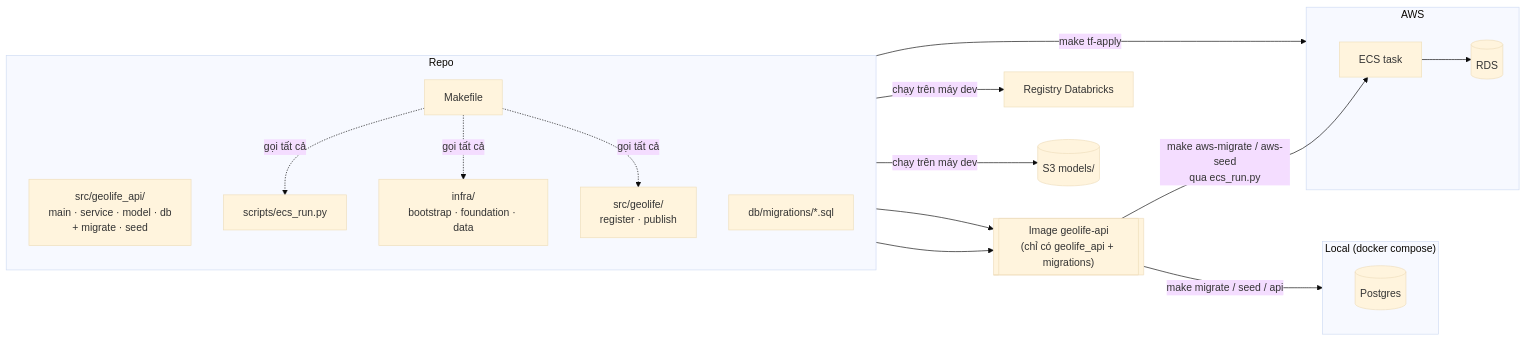
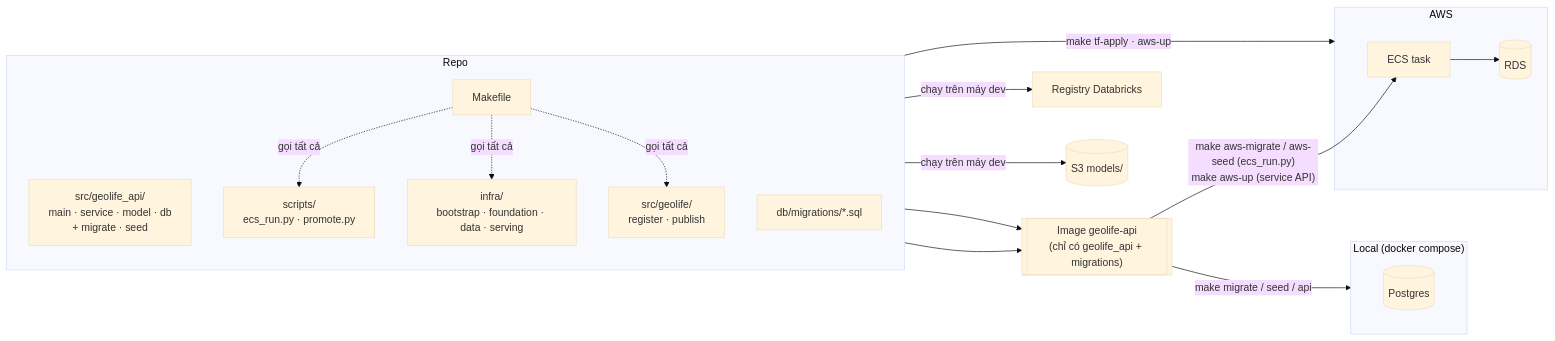
Before and after one commit to Gaohonggg/GeolifeGPS-trajectory: the first of 8 diagrams in docs/infra/overview.md, drawn with Mermaid (base theme). The commit also changed other lines of this file and 2 other files, not shown here.

First line of the commit message:
docs: document data and serving stacks, rename infra overview

````diff
--- a/docs/infra/overview.md
+++ b/docs/infra/overview.md
@@ -9,30 +9,30 @@
 ```mermaid
 flowchart LR
   subgraph repo["Repo"]
     direction TB
     api["src/geolife_api/<br/>main · service · model · db<br/>+ migrate · seed"]
     mig["db/migrations/*.sql"]
     rel["src/geolife/<br/>register · publish"]
-    ops["scripts/ecs_run.py"]
-    tf["infra/<br/>bootstrap · foundation · data"]
+    ops["scripts/<br/>ecs_run.py · promote.py"]
+    tf["infra/<br/>bootstrap · foundation · data · serving"]
     mk["Makefile"]
   end
 
   img[["Image geolife-api<br/>(chỉ có geolife_api + migrations)"]]
   api --> img
   mig --> img
 
   subgraph local["Local (docker compose)"]
     lpg[("Postgres")]
   end
   subgraph aws["AWS"]
     task["ECS task"]
     rds[("RDS")]
   end
 
   img -->|"make migrate / seed / api"| local
-  img -->|"make aws-migrate / aws-seed<br/>qua ecs_run.py"| task --> rds
+  img -->|"make aws-migrate / aws-seed (ecs_run.py)<br/>make aws-up (service API)"| task --> rds
   rel -->|"chạy trên máy dev"| reg["Registry Databricks"] & s3[("S3 models/")]
-  tf -->|"make tf-apply"| aws
+  tf -->|"make tf-apply · aws-up"| aws
   mk -.->|"gọi tất cả"| ops & tf & rel
 ```
````
